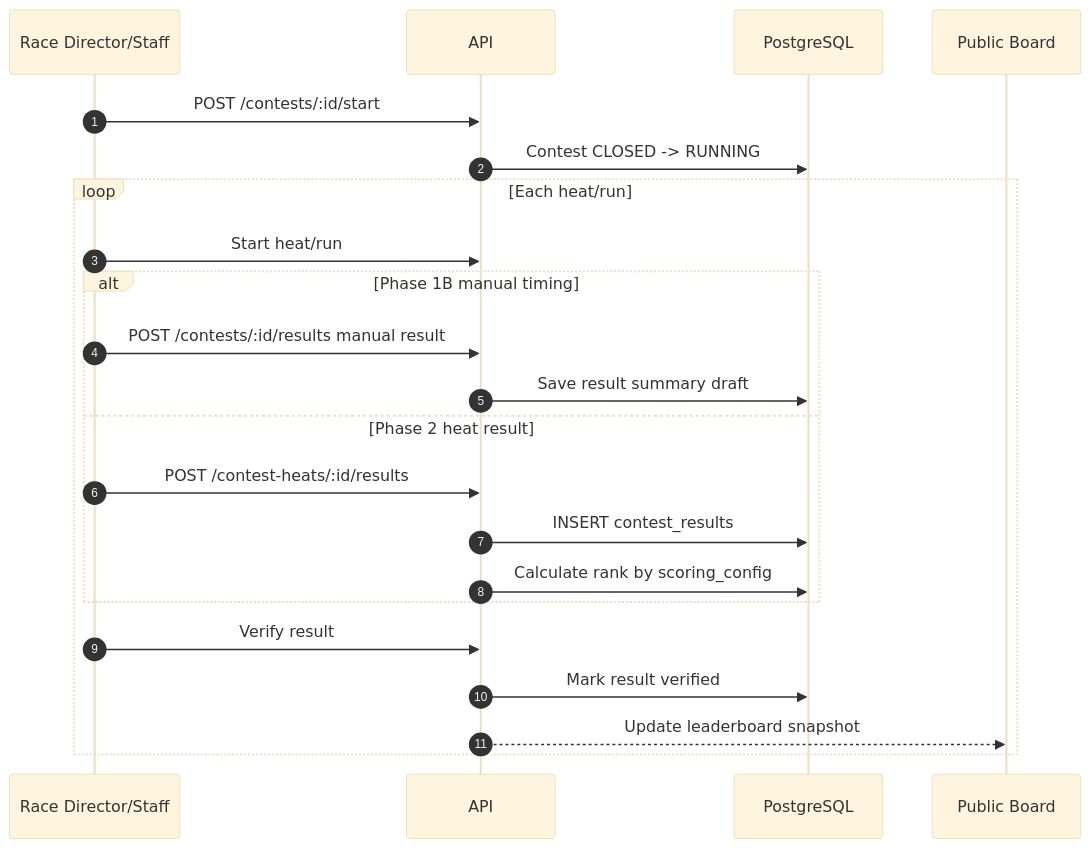
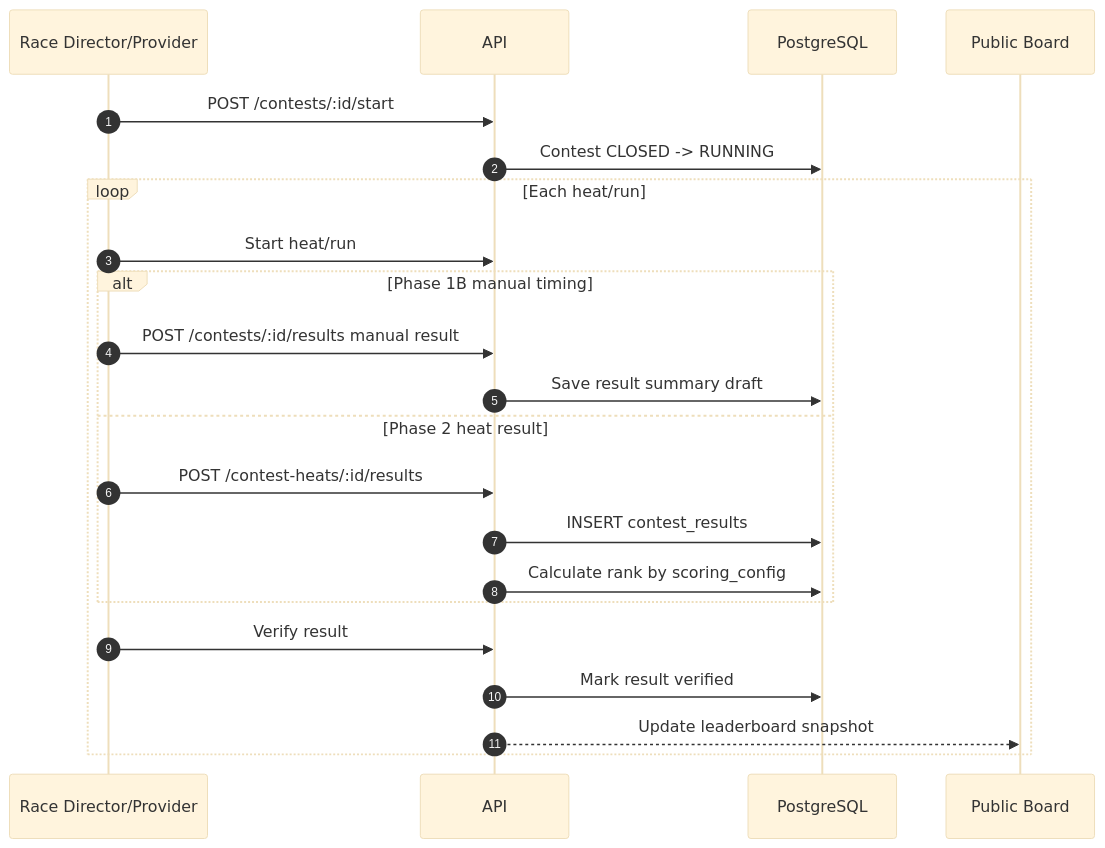
The eighth of 11 diagrams in docs/diagrams/sequence/sequence-flow-contest-lifecycle.md (RCField-SEP490/rcfield-spec), drawn with Mermaid (base theme) before and after one commit. The commit also changed other lines of this file and 6 other files, not shown here.

Commit message:
docs: update contest multi-branch flow

````diff
--- a/docs/diagrams/sequence/sequence-flow-contest-lifecycle.md
+++ b/docs/diagrams/sequence/sequence-flow-contest-lifecycle.md
@@ -263,25 +263,25 @@
 ```mermaid
 sequenceDiagram
     autonumber
-    participant RD as Race Director/Staff
+    participant RD as Race Director/Provider
     participant API as API
     participant DB as PostgreSQL
     participant Board as Public Board
 
     RD->>API: POST /contests/:id/start
     API->>DB: Contest CLOSED -> RUNNING
     loop Each heat/run
         RD->>API: Start heat/run
         alt Phase 1B manual timing
             RD->>API: POST /contests/:id/results manual result
             API->>DB: Save result summary draft
         else Phase 2 heat result
             RD->>API: POST /contest-heats/:id/results
             API->>DB: INSERT contest_results
             API->>DB: Calculate rank by scoring_config
         end
         RD->>API: Verify result
         API->>DB: Mark result verified
         API-->>Board: Update leaderboard snapshot
     end
 ```
````
